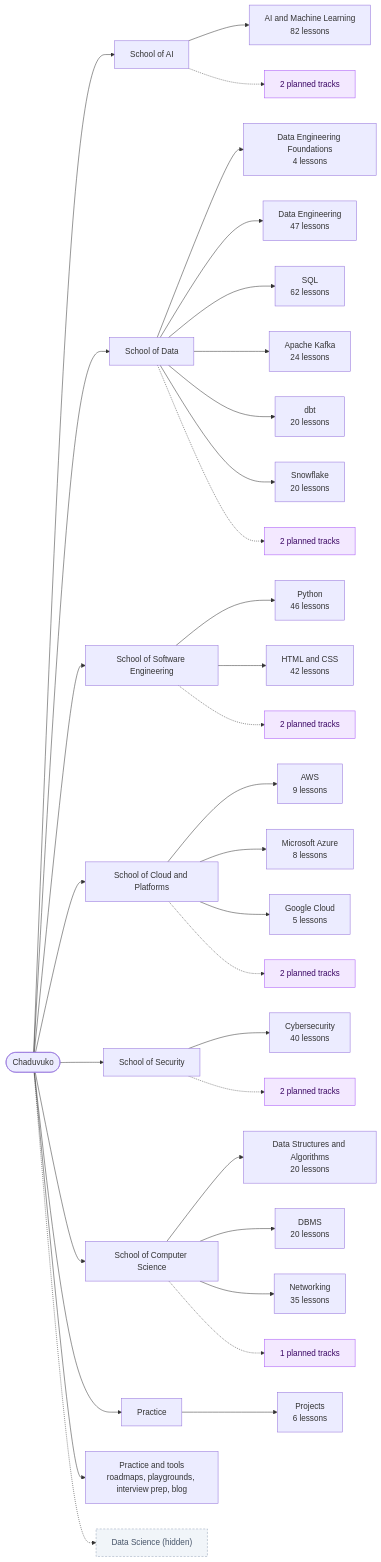
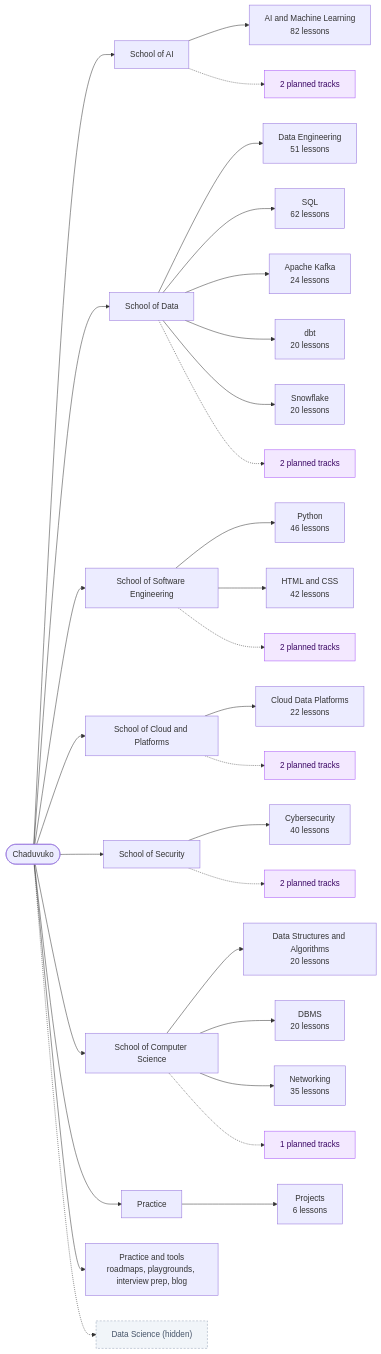
Before and after one commit to Asil143/chaduvuko: the diagram in docs/chaduvuko/SITE_MAP.md, drawn with Mermaid. The commit also changed other lines of this file and 15 other files, not shown here.

First line of the commit message:
Merge Foundations into Data Engineering and AWS/Azure/GCP into Cloud Data Platforms

````diff
--- a/docs/chaduvuko/SITE_MAP.md
+++ b/docs/chaduvuko/SITE_MAP.md
@@ -25,38 +25,35 @@
 ```mermaid
 flowchart LR
   root(["Chaduvuko"])
   root --> area_ai["School of AI"]
   area_ai --> t_ai_ml["AI and Machine Learning<br/>82 lessons"]
   area_ai -.-> p_ai["2 planned tracks"]:::planned
   root --> area_data["School of Data"]
-  area_data --> t_foundations["Data Engineering Foundations<br/>4 lessons"]
-  area_data --> t_data_engineering["Data Engineering<br/>47 lessons"]
+  area_data --> t_data_engineering["Data Engineering<br/>51 lessons"]
   area_data --> t_sql["SQL<br/>62 lessons"]
   area_data --> t_apache_kafka["Apache Kafka<br/>24 lessons"]
   area_data --> t_dbt["dbt<br/>20 lessons"]
   area_data --> t_snowflake["Snowflake<br/>20 lessons"]
   area_data -.-> p_data["2 planned tracks"]:::planned
   root --> area_programming["School of Software Engineering"]
   area_programming --> t_python["Python<br/>46 lessons"]
   area_programming --> t_html_css["HTML and CSS<br/>42 lessons"]
   area_programming -.-> p_programming["2 planned tracks"]:::planned
   root --> area_cloud["School of Cloud and Platforms"]
-  area_cloud --> t_aws["AWS<br/>9 lessons"]
-  area_cloud --> t_azure["Microsoft Azure<br/>8 lessons"]
-  area_cloud --> t_gcp["Google Cloud<br/>5 lessons"]
+  area_cloud --> t_cloud_data["Cloud Data Platforms<br/>22 lessons"]
   area_cloud -.-> p_cloud["2 planned tracks"]:::planned
   root --> area_security["School of Security"]
   area_security --> t_cybersecurity["Cybersecurity<br/>40 lessons"]
   area_security -.-> p_security["2 planned tracks"]:::planned
   root --> area_cs["School of Computer Science"]
   area_cs --> t_dsa["Data Structures and Algorithms<br/>20 lessons"]
   area_cs --> t_dbms["DBMS<br/>20 lessons"]
   area_cs --> t_networking["Networking<br/>35 lessons"]
   area_cs -.-> p_cs["1 planned tracks"]:::planned
   root --> area_practice["Practice"]
   area_practice --> t_projects["Projects<br/>6 lessons"]
   root --> practice["Practice and tools<br/>roadmaps, playgrounds, interview prep, blog"]
   root -.-> h_data_science["Data Science (hidden)"]:::hidden
   classDef planned fill:#f3e8ff,stroke:#a855f7,color:#3b0764
   classDef hidden fill:#f1f5f9,stroke:#94a3b8,color:#475569,stroke-dasharray: 4 3
 ```
````
